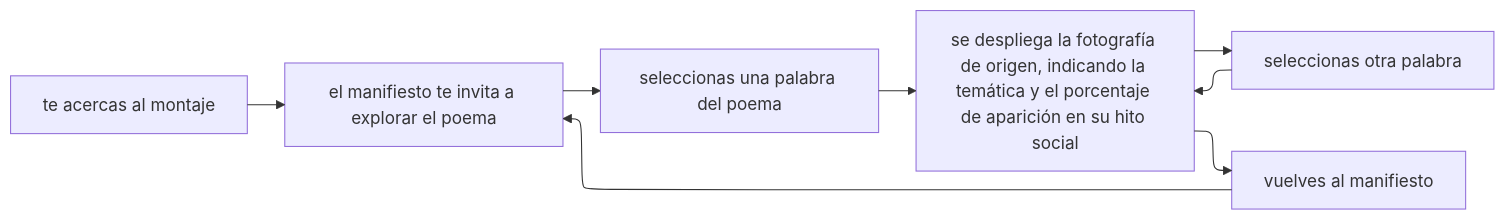
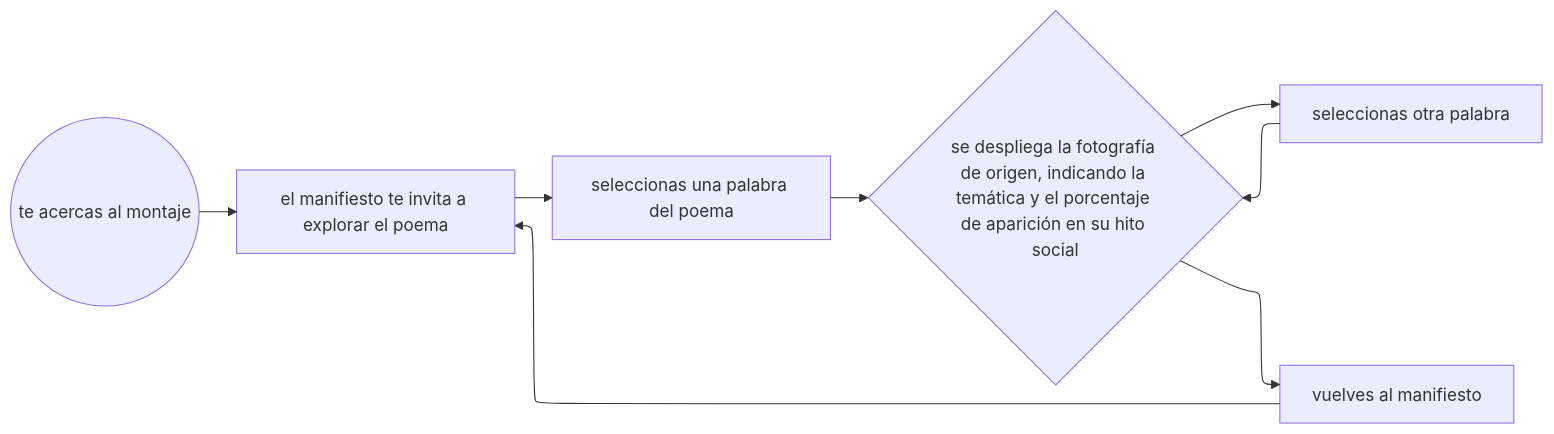
One commit to Bernardita-Jesus/bitacora-diseno-2026 changed the diagram in taller-data/README.md. Above: the diagram before and after it, drawn with Mermaid.

````diff
--- a/taller-data/README.md
+++ b/taller-data/README.md
@@ -109,15 +109,16 @@
 ```mermaid
 ---
 config:
   theme: default
   layout: elk
 ---
 flowchart LR
-    A["te acercas al montaje"] --> B["el manifiesto te invita a explorar el poema"]
+    A(("te acercas al montaje")) --> B["el manifiesto te invita a explorar el poema"]
     B --> C["seleccionas una palabra del poema"]
     C --> D["se despliega la fotografía de origen, indicando la temática y el porcentaje de aparición en su hito social"]
-    D --> E["seleccionas otra palabra"]
-    D --> F["vuelves al manifiesto"]
+    D --> E["seleccionas otra palabra"] & F["vuelves al manifiesto"]
     E --> D
     F --> B
+
+    D@{ shape: diam}
 ```
````
